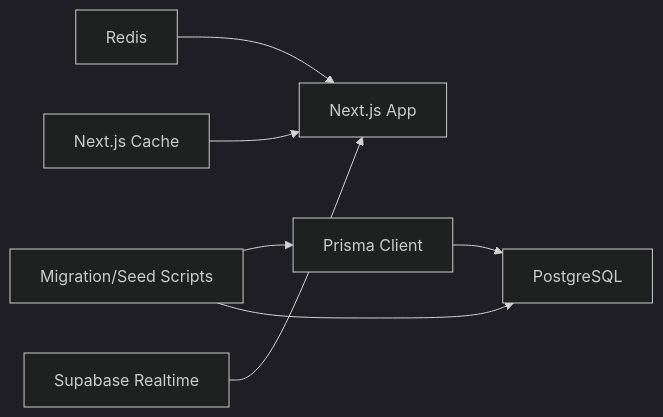
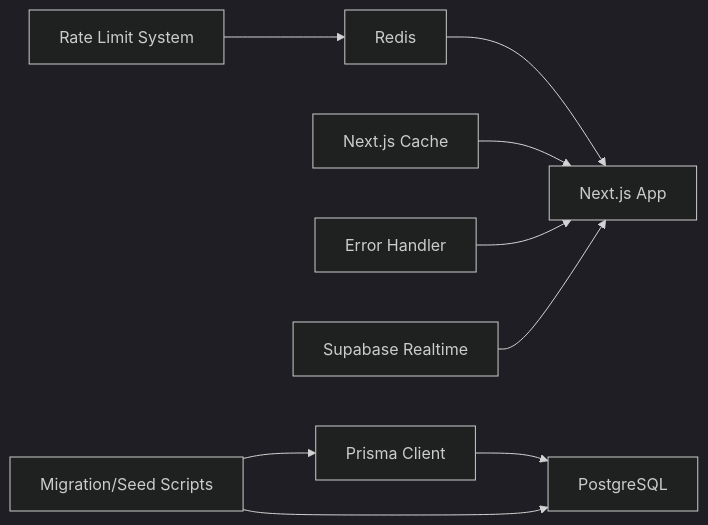
One commit to ecryptoguru/lyraalpha changed the sixth of 6 diagrams in .qoder/repowiki/en/content/Data Management/Data Management.md. Above: the diagram before and after it, drawn with Mermaid (dark theme). The commit also changed other lines of this file and 95 other files, not shown here.

````diff
--- a/.qoder/repowiki/en/content/Data Management/Data Management.md
+++ b/.qoder/repowiki/en/content/Data Management/Data Management.md
@@ -292,9 +583,11 @@
 ```mermaid
 graph LR
 Prisma["Prisma Client"] --> PG["PostgreSQL"]
 Redis["Redis"] --> App["Next.js App"]
 NextCache["Next.js Cache"] --> App
+RateLimit["Rate Limit System"] --> Redis
+ErrorHandler["Error Handler"] --> App
 Supabase["Supabase Realtime"] --> App
 Scripts["Migration/Seed Scripts"] --> Prisma
 Scripts --> PG
 ```
````
